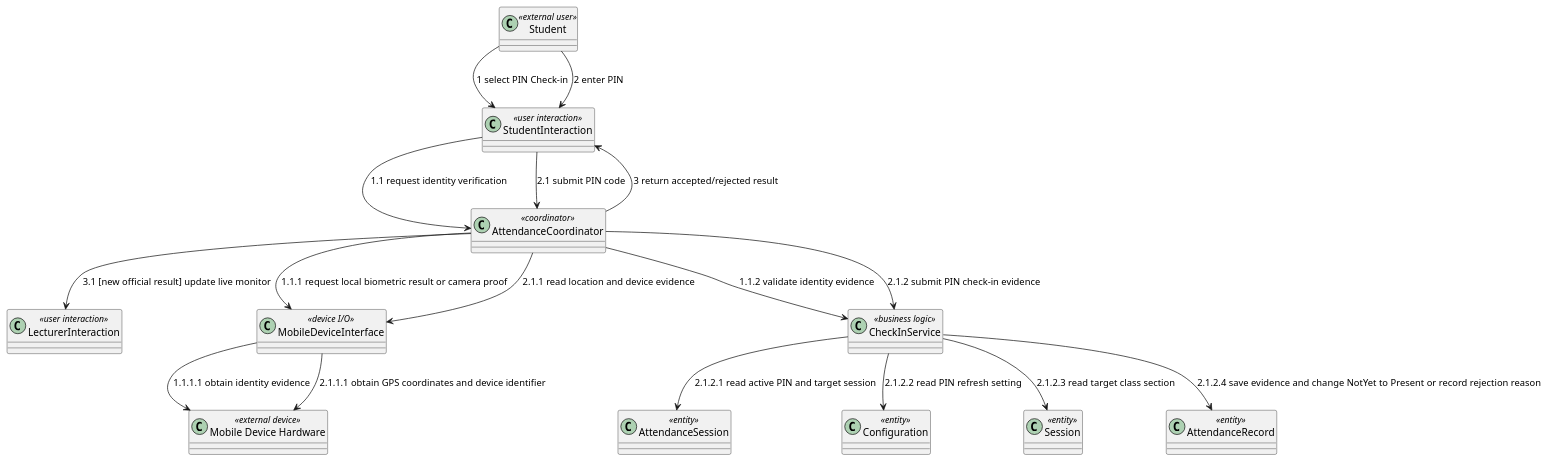
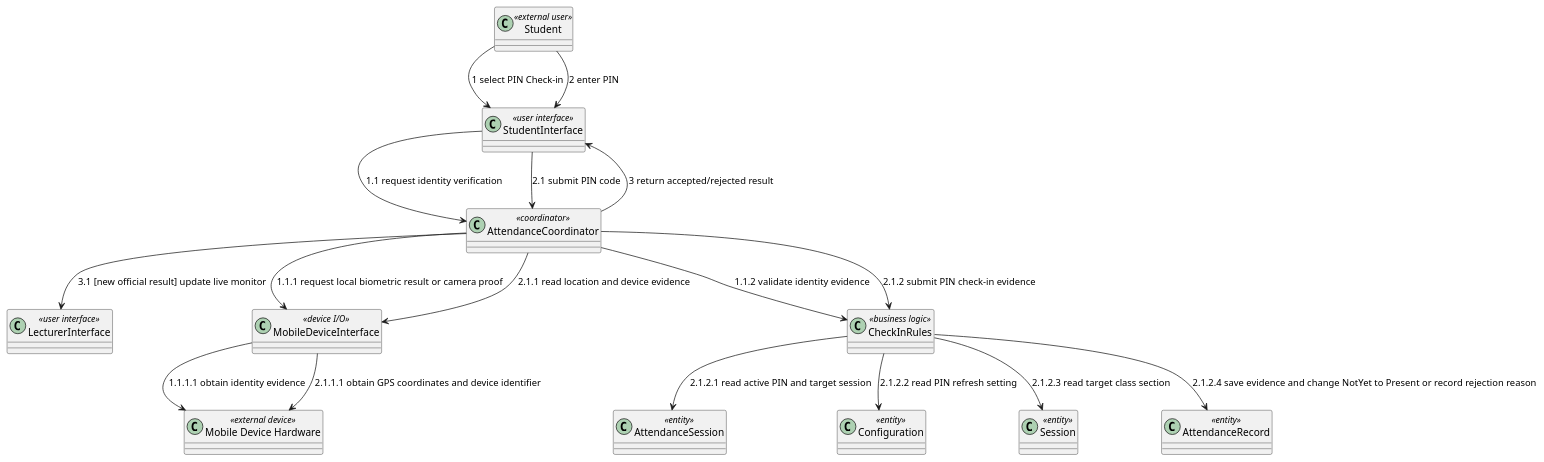
Diagram 14 of 26 in docs/rds/2_Analysis.md (nttung42/SWD392), drawn with PlantUML before and after one commit. The commit also changed other lines of this file and 1 other file, not shown here.

````diff
--- a/docs/rds/2_Analysis.md
+++ b/docs/rds/2_Analysis.md
@@ -639,32 +639,32 @@
 ```plantuml
 @startuml
 class "Student" as Student <<external user>>
 class "Mobile Device Hardware" as MobileHardware <<external device>>
-class "StudentInteraction" as StudentUI <<user interaction>>
-class "LecturerInteraction" as LecturerUI <<user interaction>>
+class "StudentInterface" as StudentUI <<user interface>>
+class "LecturerInterface" as LecturerUI <<user interface>>
 class "AttendanceCoordinator" as CheckInControl <<coordinator>>
 class "MobileDeviceInterface" as MobileSensor <<device I/O>>
-class "CheckInService" as AttendanceRules <<business logic>>
+class "CheckInRules" as AttendanceRules <<business logic>>
 class "AttendanceSession" as AttendanceSession <<entity>>
 class "Configuration" as Configuration <<entity>>
 class "Session" as Session <<entity>>
 class "AttendanceRecord" as AttendanceRecord <<entity>>
 
 Student --> StudentUI : 1 select PIN Check-in
 StudentUI --> CheckInControl : 1.1 request identity verification
 CheckInControl --> MobileSensor : 1.1.1 request local biometric result or camera proof
 MobileSensor --> MobileHardware : 1.1.1.1 obtain identity evidence
 CheckInControl --> AttendanceRules : 1.1.2 validate identity evidence
 Student --> StudentUI : 2 enter PIN
 StudentUI --> CheckInControl : 2.1 submit PIN code
 CheckInControl --> MobileSensor : 2.1.1 read location and device evidence
 MobileSensor --> MobileHardware : 2.1.1.1 obtain GPS coordinates and device identifier
 CheckInControl --> AttendanceRules : 2.1.2 submit PIN check-in evidence
 AttendanceRules --> AttendanceSession : 2.1.2.1 read active PIN and target session
 AttendanceRules --> Configuration : 2.1.2.2 read PIN refresh setting
 AttendanceRules --> Session : 2.1.2.3 read target class section
 AttendanceRules --> AttendanceRecord : 2.1.2.4 save evidence and change NotYet to Present or record rejection reason
 CheckInControl --> StudentUI : 3 return accepted/rejected result
 CheckInControl --> LecturerUI : 3.1 [new official result] update live monitor
 @enduml
 ```
````
